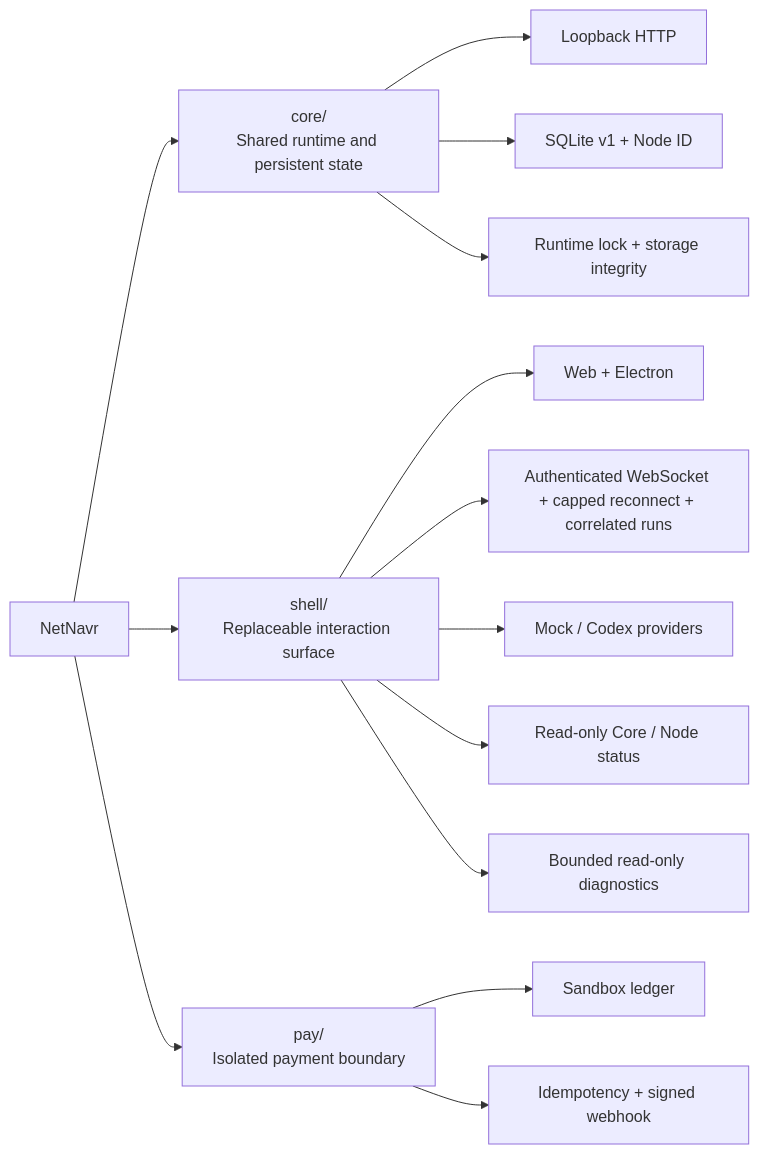
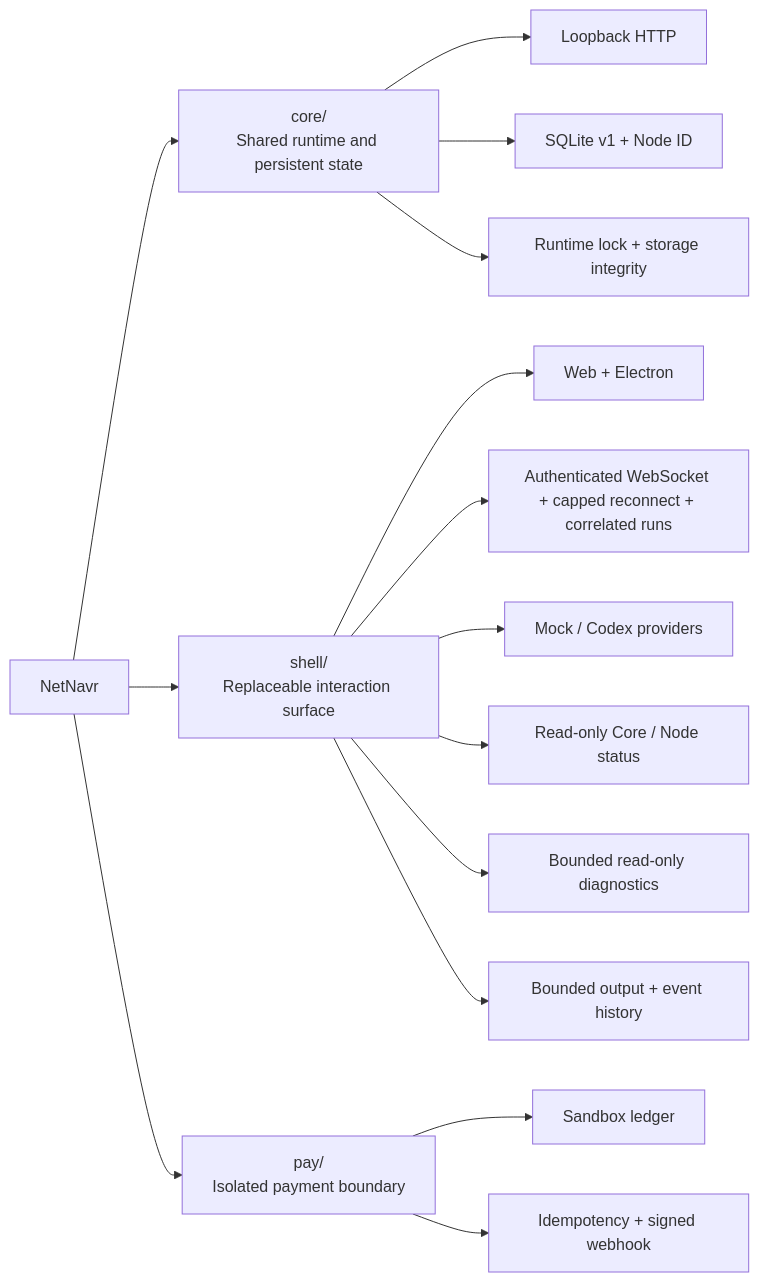
The diagram in README.md (PM100Fun/NetNavr), drawn with Mermaid before and after one commit. The commit also changed other lines of this file and 5 other files, not shown here.

````diff
--- a/README.md
+++ b/README.md
@@ -116,19 +117,20 @@
 ```mermaid
 flowchart LR
     R["NetNavr"] --> C["core/<br/>Shared runtime and persistent state"]
     R --> S["shell/<br/>Replaceable interaction surface"]
     R --> P["pay/<br/>Isolated payment boundary"]
 
     C --> C1["Loopback HTTP"]
     C --> C2["SQLite v1 + Node ID"]
     C --> C3["Runtime lock + storage integrity"]
 
     S --> S1["Web + Electron"]
     S --> S2["Authenticated WebSocket + capped reconnect + correlated runs"]
     S --> S3["Mock / Codex providers"]
     S --> S4["Read-only Core / Node status"]
     S --> S5["Bounded read-only diagnostics"]
+    S --> S6["Bounded output + event history"]
 
     P --> P1["Sandbox ledger"]
     P --> P2["Idempotency + signed webhook"]
 ```
````
